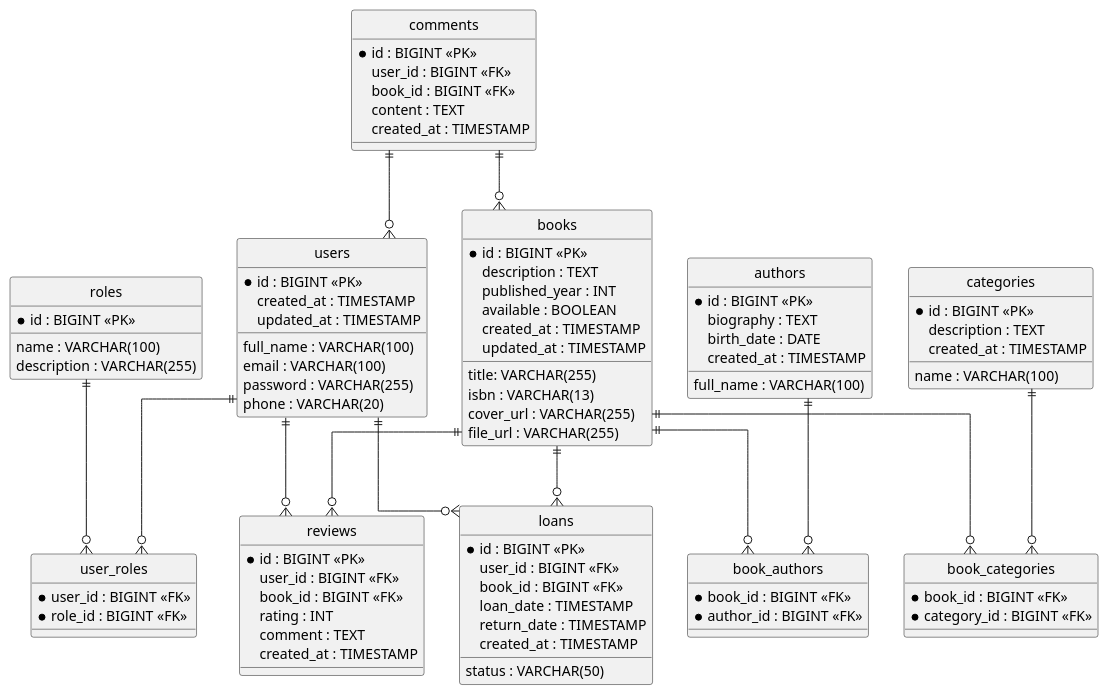
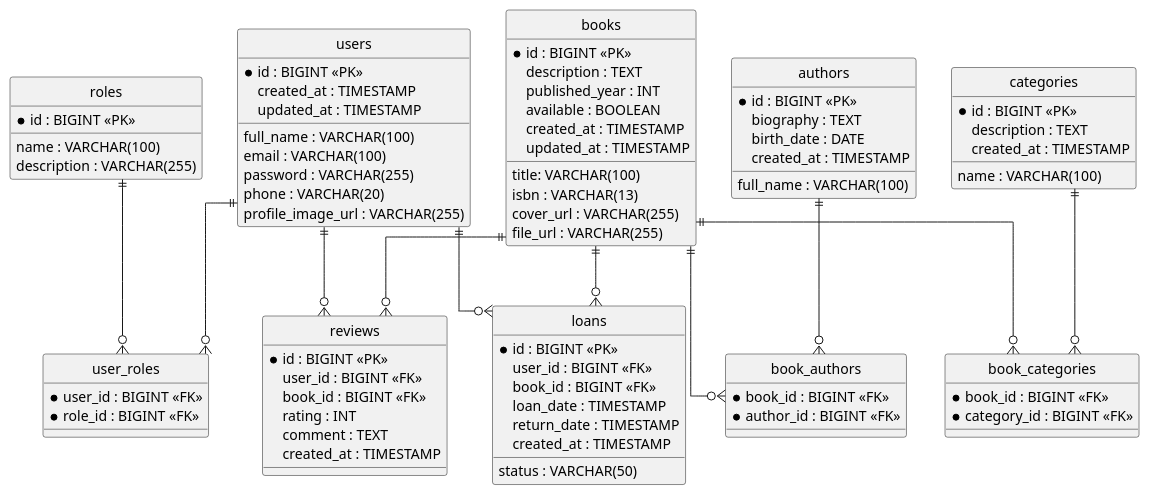
Before and after one commit to tadeo77789/biblioteca: the diagram in MER.puml, drawn with PlantUML.

Commit message:
fix:The changes recommended by the instructor were added.

```diff
--- a/MER.puml
+++ b/MER.puml
@@ -1,119 +1,110 @@
 @startuml MER_Biblioteca
 
 hide circle
 skinparam linetype ortho
 
 entity users {
 
   * id : BIGINT <<PK>>
   full_name : VARCHAR(100)
   email : VARCHAR(100)
   password : VARCHAR(255)
   phone : VARCHAR(20)
+  profile_image_url : VARCHAR(255)
   created_at : TIMESTAMP
   updated_at : TIMESTAMP
 }
 
 entity roles {
 
   * id : BIGINT <<PK>>
   name : VARCHAR(100)
   description : VARCHAR(255)
 }
 
 entity user_roles {
 
   * user_id : BIGINT <<FK>>
   * role_id : BIGINT <<FK>>
 }
 
 entity books {
 
   * id : BIGINT <<PK>>
-  title: VARCHAR(255)
+  title: VARCHAR(100)
   description : TEXT
   isbn : VARCHAR(13)
   cover_url : VARCHAR(255)
   file_url : VARCHAR(255)
   published_year : INT
   available : BOOLEAN
   created_at : TIMESTAMP
   updated_at : TIMESTAMP
 }
 
 entity authors {
 
   * id : BIGINT <<PK>>
   full_name : VARCHAR(100)
   biography : TEXT
   birth_date : DATE
   created_at : TIMESTAMP
 }
 
 entity categories {
 
   * id : BIGINT <<PK>>
   name : VARCHAR(100)
   description : TEXT
   created_at : TIMESTAMP
 }
 
 entity book_authors {
 
   * book_id : BIGINT <<FK>>
   * author_id : BIGINT <<FK>>
 }
 
 entity book_categories {
 
   * book_id : BIGINT <<FK>>
   * category_id : BIGINT <<FK>>
 }
-entity comments {
-
-  * id : BIGINT <<PK>>
-  user_id : BIGINT <<FK>>
-  book_id : BIGINT <<FK>>
-  content : TEXT
-  created_at : TIMESTAMP
-}
 
 entity loans {
 
   * id : BIGINT <<PK>>
   user_id : BIGINT <<FK>>
   book_id : BIGINT <<FK>>
   loan_date : TIMESTAMP
   return_date : TIMESTAMP
   status : VARCHAR(50)
   created_at : TIMESTAMP
 }
 
 entity reviews {
 
   * id : BIGINT <<PK>>
   user_id : BIGINT <<FK>>
   book_id : BIGINT <<FK>>
   rating : INT
   comment : TEXT
   created_at : TIMESTAMP
 }
 
 users ||--o{ loans
 books ||--o{ loans
 
 users ||--o{ reviews
 books ||--o{ reviews
 
 users ||--o{ user_roles
 roles ||--o{ user_roles
 
 books ||--o{ book_authors
 authors ||--o{ book_authors
 
 books ||--o{ book_categories
 categories ||--o{ book_categories
 
-comments ||--o{ users
-comments ||--o{ books
 @enduml
```
